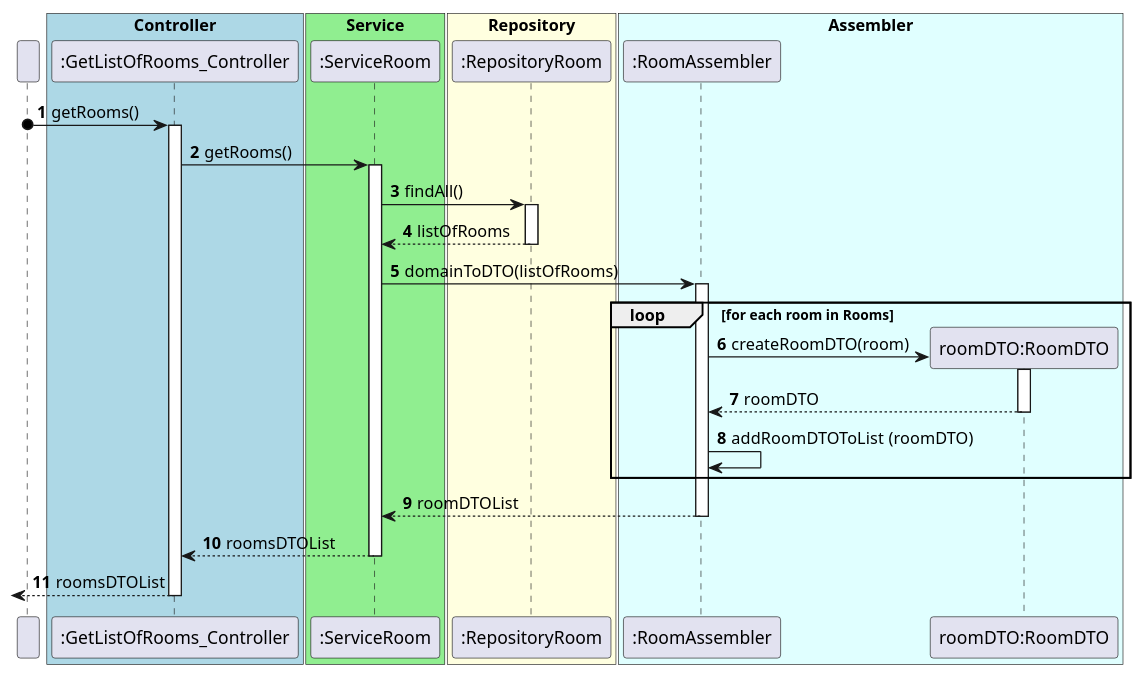
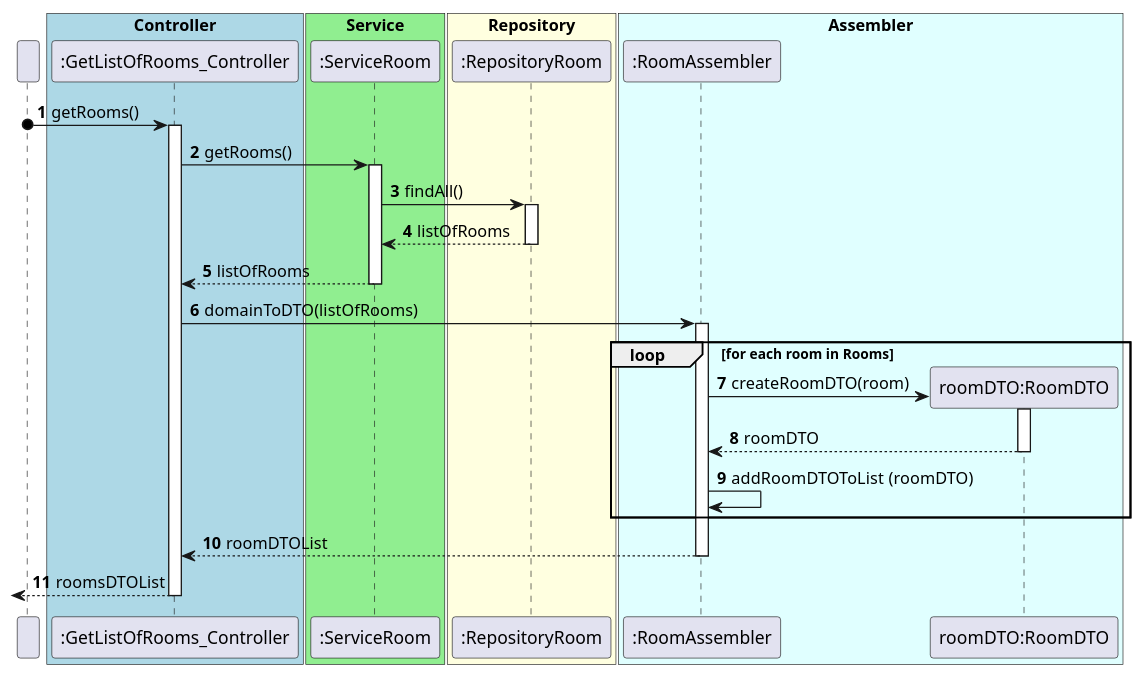
Before and after one commit to olivDiogo/SmartHome: the diagram in docs/userStories/us03/artifacts/US03SD.puml, drawn with PlantUML. The commit also changed 1 other file, not shown here.

```diff
--- a/docs/userStories/us03/artifacts/US03SD.puml
+++ b/docs/userStories/us03/artifacts/US03SD.puml
@@ -2,70 +2,69 @@
 @startuml
 'https://plantuml.com/sequence-diagram
 !pragma layout smetana
 
 participant " " as User
 
 box "Controller" #LightBlue
 participant ":GetListOfRooms_Controller" as GetListOfRoomsController
 end box
 
 box "Service" #LightGreen
 participant ":ServiceRoom" as Service
 end box
 
 box "Repository" #LightYellow
 participant ":RepositoryRoom" as RepositoryRoom
 end box
 
 box "Assembler" #LightCyan
 
 participant ":RoomAssembler" as RoomAssembler
 
 participant "roomDTO:RoomDTO" as RoomDTO
 
 end box
 autonumber
 
 User o-> GetListOfRoomsController: getRooms()
 
 activate GetListOfRoomsController
 
 GetListOfRoomsController -> Service: getRooms()
 
 activate Service
 
 Service -> RepositoryRoom: findAll()
 
 activate RepositoryRoom
 
 RepositoryRoom --> Service: listOfRooms
 
 deactivate RepositoryRoom
 
-Service -> RoomAssembler: domainToDTO(listOfRooms)
+Service --> GetListOfRoomsController : listOfRooms
+
+deactivate Service
+
+GetListOfRoomsController -> RoomAssembler: domainToDTO(listOfRooms)
 
 loop  for each room in Rooms
 create RoomDTO
 activate RoomAssembler
 RoomAssembler -> RoomDTO: createRoomDTO(room)
 activate RoomDTO
 RoomDTO --> RoomAssembler: roomDTO
 deactivate RoomDTO
 RoomAssembler -> RoomAssembler : addRoomDTOToList (roomDTO)
 end
 
-RoomAssembler --> Service: roomDTOList
+RoomAssembler --> GetListOfRoomsController: roomDTOList
+
 deactivate RoomAssembler
-
-
-
-Service --> GetListOfRoomsController: roomsDTOList
-
-deactivate Service
 
 <-- GetListOfRoomsController :roomsDTOList
 
 deactivate GetListOfRoomsController
 
 
 @enduml
```
